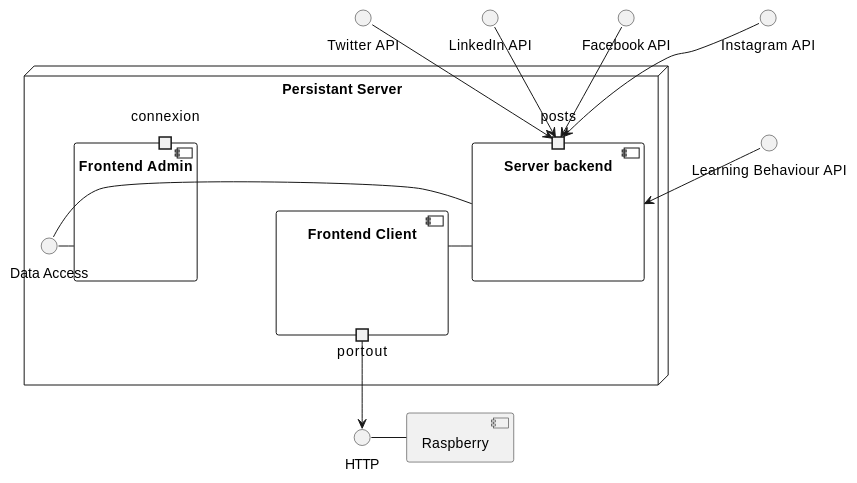
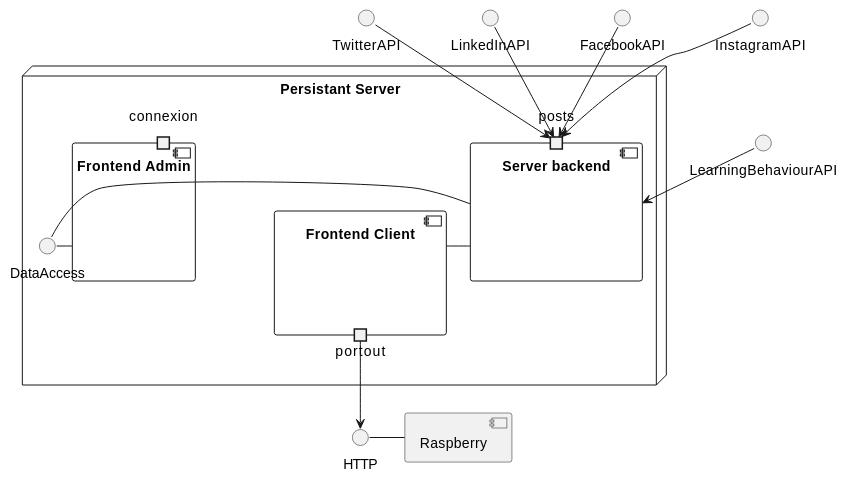
One commit to WallCaster/WallCaster changed the first of 4 diagrams in doc/architecture-report.md. Above: the diagram before and after it, drawn with PlantUML.

````diff
--- a/doc/architecture-report.md
+++ b/doc/architecture-report.md
@@ -37,30 +37,30 @@
 ```plantuml
 @startuml
 node "Persistant Server"  {
   component "Server backend" as S {
     portin posts
   }
   
   component "Frontend Client" as FC {
     portout portout
   }
   component "Frontend Admin" as FA {
     portin connexion
   }
-  FA - "Data Access"
-  "Data Access" - S
+  FA - DataAccess
+  DataAccess - S
   S - FC
   
 }
 
 portout --> HTTP
-"Twitter API" --> posts
-"LinkedIn API" --> posts
-"Facebook API" --> posts
-"Instagram API" --> posts
-"Learning Behaviour API" --> S
+TwitterAPI --> posts
+LinkedInAPI --> posts
+FacebookAPI --> posts
+InstagramAPI --> posts
+LearningBehaviourAPI --> S
 
 HTTP - [Raspberry]
 
 @enduml
 ```
````
